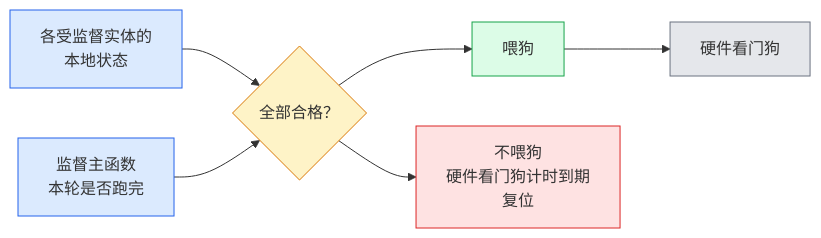
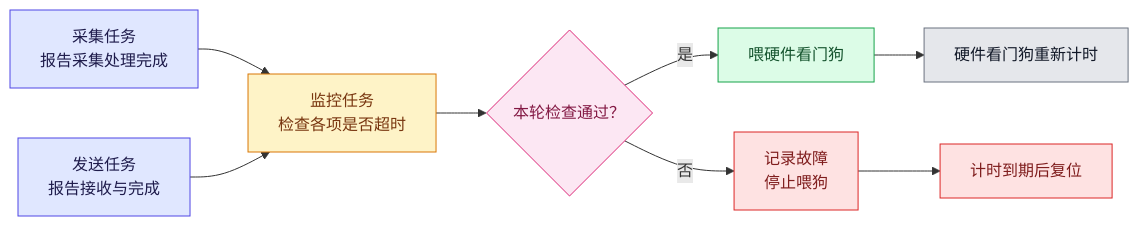
The first of 2 diagrams in content/posts/architecture/mcu_thread_heartbeat_liveness.md (DeguiLiu/tech-notes), drawn with Mermaid before and after one commit. The commit also changed other lines of this file and 1 other file, not shown here.

First line of the commit message:
story-docs(blog): rewrite MCU task monitoring post for clarity

````diff
--- a/content/posts/architecture/mcu_thread_heartbeat_liveness.md
+++ b/content/posts/architecture/mcu_thread_heartbeat_liveness.md
@@ -133,19 +41,16 @@
 ```mermaid
 flowchart LR
-    E["各受监督实体的<br/>本地状态"]:::se
-    S["监督主函数<br/>本轮是否跑完"]:::se
-    Q{"全部合格？"}:::dec
-    T["喂狗"]:::fed
-    N["不喂狗<br/>硬件看门狗计时到期<br/>复位"]:::nofed
-    W["硬件看门狗"]:::hw
-    E --> Q
-    S --> Q
-    Q --> T
-    Q --> N
-    T --> W
-    classDef se fill:#dbeafe,stroke:#2563eb
-    classDef dec fill:#fef3c7,stroke:#d97706
-    classDef fed fill:#dcfce7,stroke:#16a34a
-    classDef nofed fill:#fee2e2,stroke:#dc2626
-    classDef hw fill:#e5e7eb,stroke:#6b7280
+    A["采集任务<br/>报告采集处理完成"]:::task --> M["监控任务<br/>检查各项是否超时"]:::mon
+    B["发送任务<br/>报告接收与完成"]:::task --> M
+    M --> Q{"本轮检查通过？"}:::dec
+    Q -->|是| F["喂硬件看门狗"]:::ok
+    Q -->|否| N["记录故障<br/>停止喂狗"]:::bad
+    F --> W["硬件看门狗重新计时"]:::hw
+    N --> R["计时到期后复位"]:::bad
+    classDef task fill:#e0e7ff,stroke:#4f46e5,color:#1e1b4b
+    classDef mon fill:#fef3c7,stroke:#d97706,color:#78350f
+    classDef dec fill:#fce7f3,stroke:#db2777,color:#831843
+    classDef ok fill:#dcfce7,stroke:#16a34a,color:#14532d
+    classDef bad fill:#fee2e2,stroke:#dc2626,color:#7f1d1d
+    classDef hw fill:#e5e7eb,stroke:#6b7280,color:#111827
 ```
````
